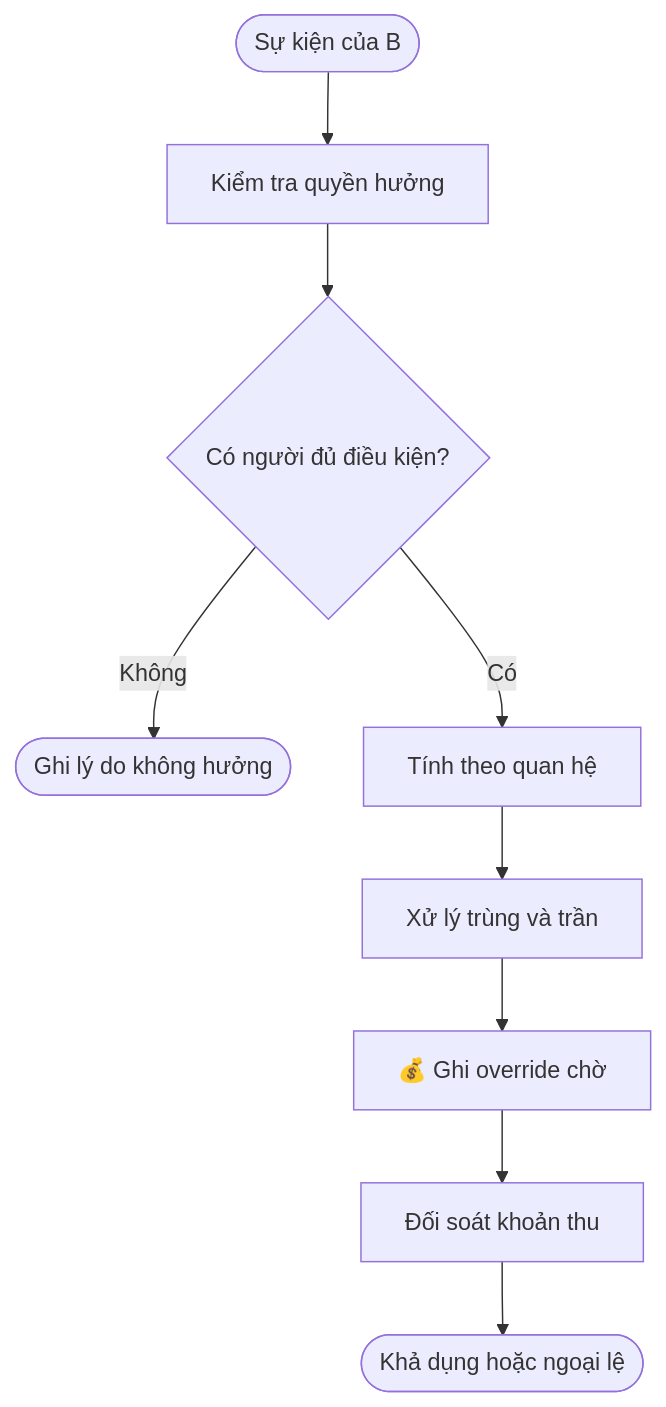
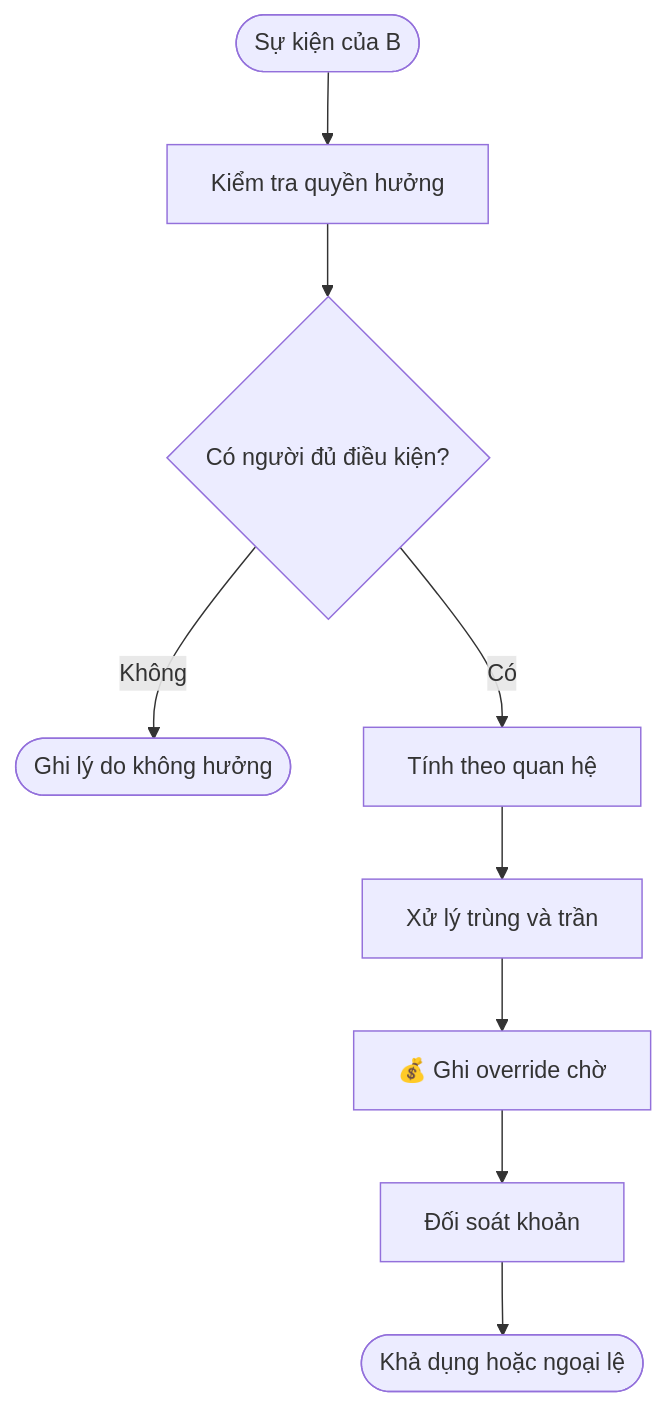
The fourth of 10 diagrams in nexora/docs/business/oneqr-sponsor-override.md (vlink-group/VlinkPay), drawn with Mermaid before and after one commit. The commit also changed other lines of this file, not shown here.

````diff
--- a/nexora/docs/business/oneqr-sponsor-override.md
+++ b/nexora/docs/business/oneqr-sponsor-override.md
@@ -203,11 +231,11 @@
 ```mermaid
 flowchart TD
     A([Sự kiện của B]) --> B[Kiểm tra quyền hưởng]
     B --> C{Có người đủ điều kiện?}
     C -- Không --> D([Ghi lý do không hưởng])
     C -- Có --> E[Tính theo quan hệ]
     E --> F[Xử lý trùng và trần]
     F --> G[💰 Ghi override chờ]
-    G --> H[Đối soát khoản thu]
+    G --> H[Đối soát khoản]
     H --> I([Khả dụng hoặc ngoại lệ])
 ```
````
